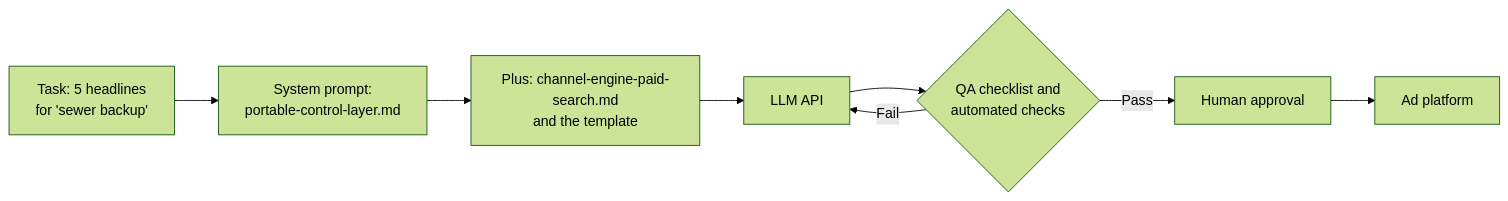
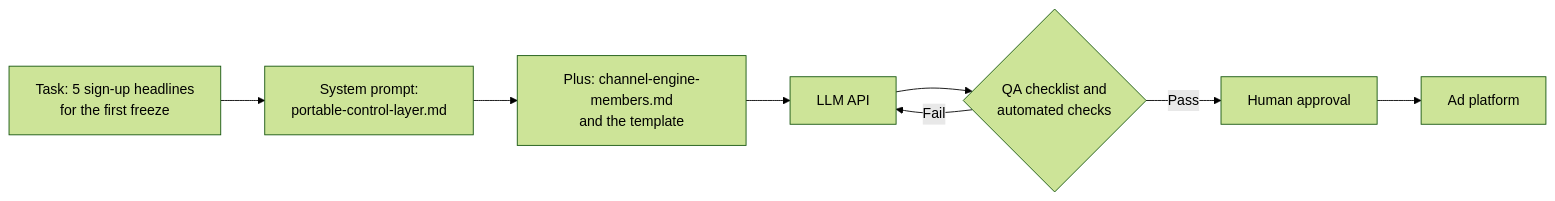
One commit to Saasrelaunchdev/SOSSMSGTMBrain changed the eighth of 9 diagrams in README.md. Above: the diagram before and after it, drawn with Mermaid (forest theme). The commit also changed other lines of this file and 109 other files, not shown here.

````diff
--- a/README.md
+++ b/README.md
@@ -406,9 +410,9 @@
 ```mermaid
 flowchart LR
-    T["Task: 5 headlines<br/>for 'sewer backup'"] --> P["System prompt:<br/>portable-control-layer.md"]
-    P --> R["Plus: channel-engine-paid-search.md<br/>and the template"]
+    T["Task: 5 sign-up headlines<br/>for the first freeze"] --> P["System prompt:<br/>portable-control-layer.md"]
+    P --> R["Plus: channel-engine-members.md<br/>and the template"]
     R --> LLM["LLM API"]
     LLM --> CHK{"QA checklist and<br/>automated checks"}
     CHK -->|"Fail"| LLM
     CHK -->|"Pass"| HUM["Human approval"] --> PUB["Ad platform"]
 ```
````
